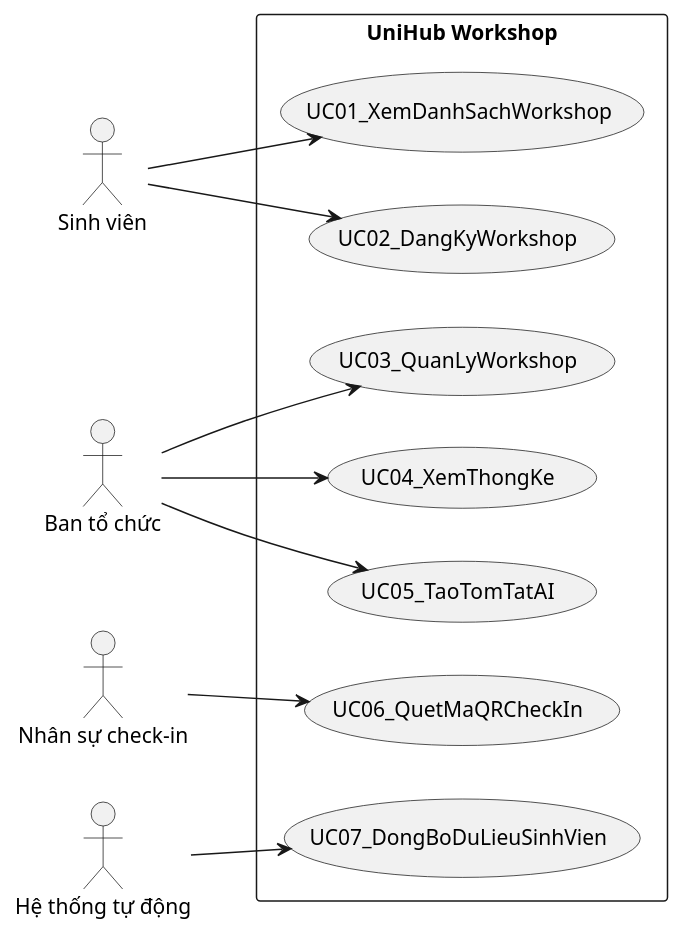
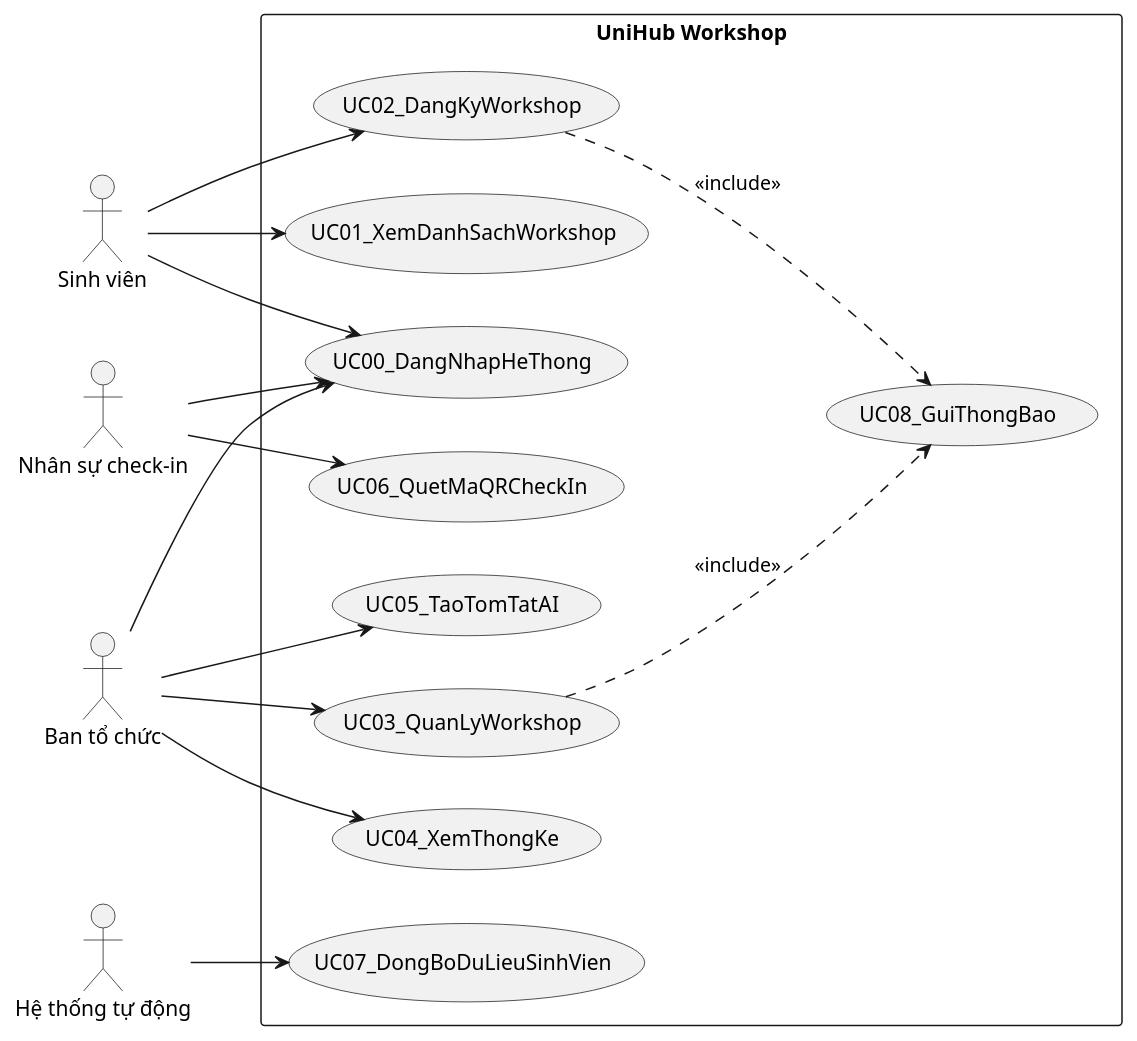
Before and after one commit to Luke23127006/UniHub: the diagram in docs/blueprint/uc/diagram.puml, drawn with PlantUML. The commit also changed 4 other files, not shown here.

```diff
--- a/docs/blueprint/uc/diagram.puml
+++ b/docs/blueprint/uc/diagram.puml
@@ -1,31 +1,39 @@
 @startuml
 left to right direction
 skinparam packageStyle rectangle
 
 actor "Sinh viên" as student
 actor "Ban tổ chức" as admin
 actor "Nhân sự check-in" as staff
 actor "Hệ thống tự động" as system
 
 rectangle "UniHub Workshop" {
+  usecase "UC00_DangNhapHeThong" as UC00
   usecase "UC01_XemDanhSachWorkshop" as UC01
   usecase "UC02_DangKyWorkshop" as UC02
   usecase "UC03_QuanLyWorkshop" as UC03
   usecase "UC04_XemThongKe" as UC04
   usecase "UC05_TaoTomTatAI" as UC05
   usecase "UC06_QuetMaQRCheckIn" as UC06
   usecase "UC07_DongBoDuLieuSinhVien" as UC07
+  usecase "UC08_GuiThongBao" as UC08
 }
+
+student --> UC00
+admin --> UC00
+staff --> UC00
 
 student --> UC01
 student --> UC02
+UC02 ..> UC08 : <<include>>
 
 admin --> UC03
+UC03 ..> UC08 : <<include>>
 admin --> UC04
 admin --> UC05
 
 staff --> UC06
 
 system --> UC07
 
 @enduml
```
